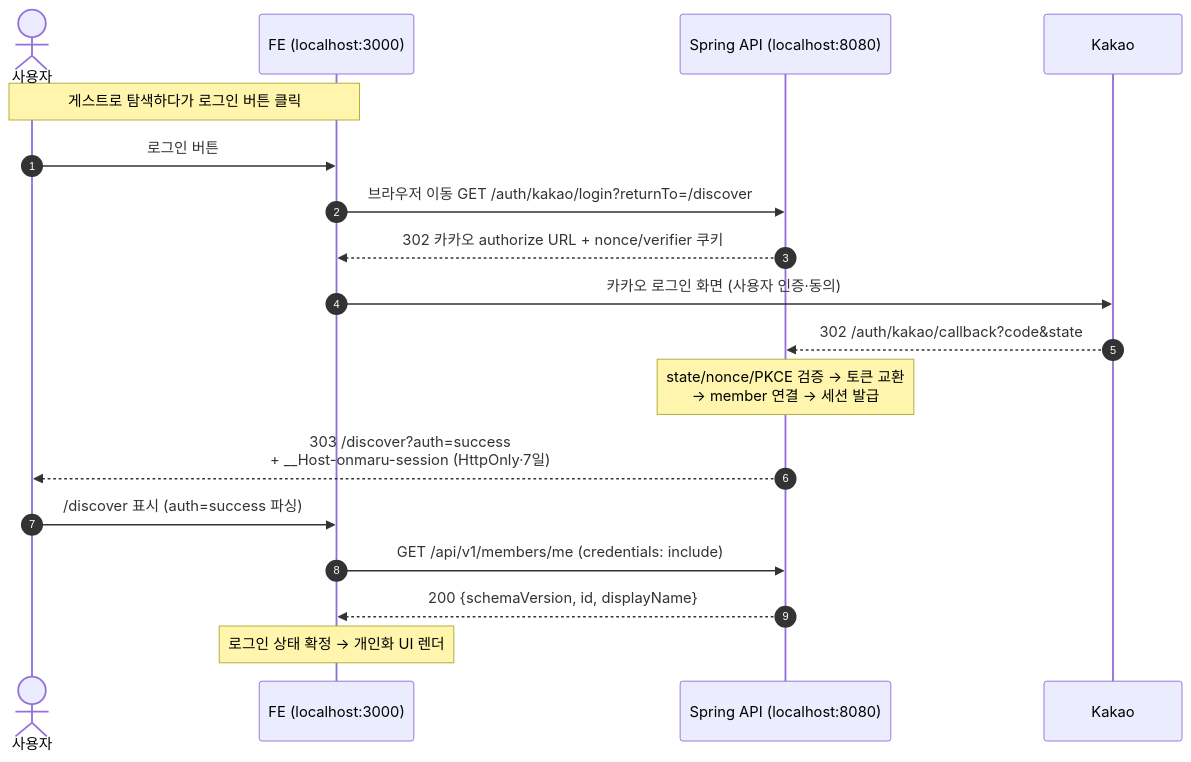
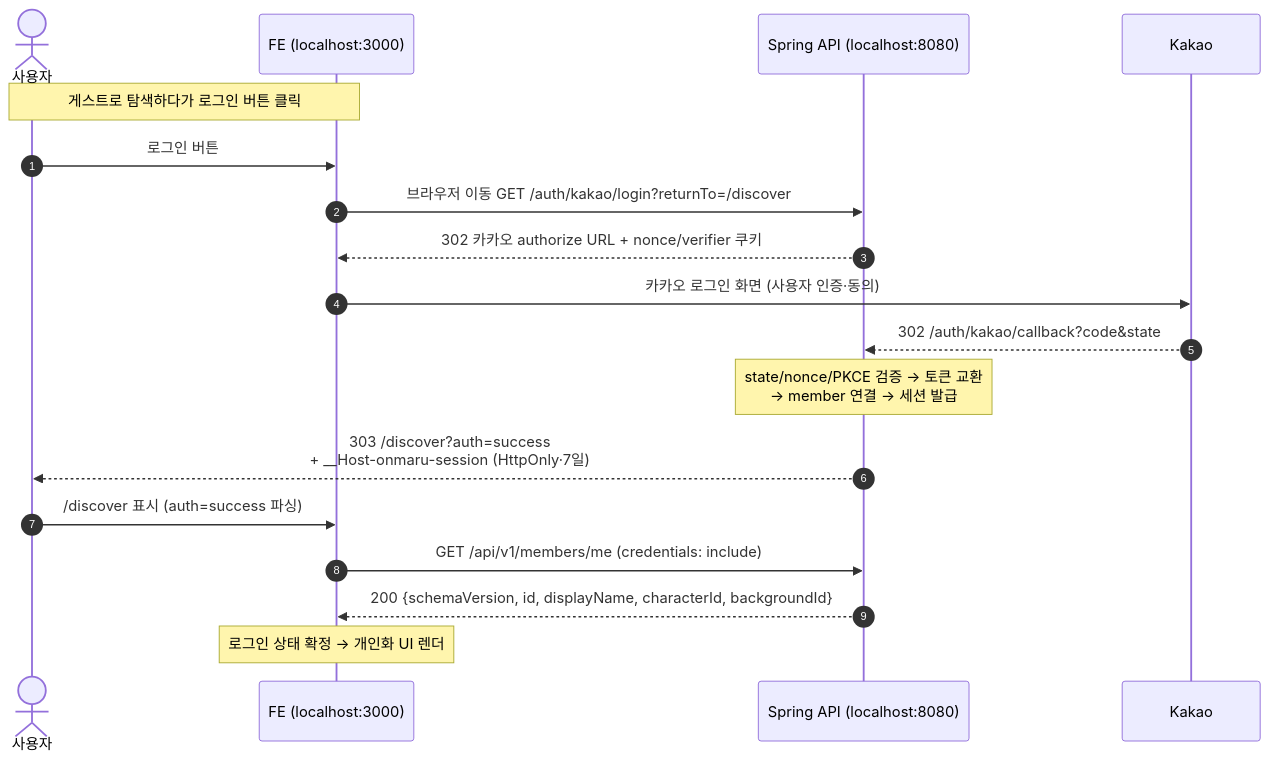
Before and after one commit to YRootLab/OnMaru-backend: the first of 2 diagrams in docs/toFE/kakao-login-flow.md, drawn with Mermaid. The commit also changed other lines of this file and 8 other files, not shown here.

````diff
--- a/docs/toFE/kakao-login-flow.md
+++ b/docs/toFE/kakao-login-flow.md
@@ -88,22 +88,22 @@
 ```mermaid
 sequenceDiagram
     autonumber
     actor U as 사용자
     participant FE as FE (localhost:3000)
     participant BE as Spring API (localhost:8080)
     participant K as Kakao
 
     Note over U,FE: 게스트로 탐색하다가 로그인 버튼 클릭
     U->>FE: 로그인 버튼
     FE->>BE: 브라우저 이동 GET /auth/kakao/login?returnTo=/discover
     BE-->>FE: 302 카카오 authorize URL + nonce/verifier 쿠키
     FE->>K: 카카오 로그인 화면 (사용자 인증·동의)
     K-->>BE: 302 /auth/kakao/callback?code&state
     Note over BE: state/nonce/PKCE 검증 → 토큰 교환<br/>→ member 연결 → 세션 발급
     BE-->>U: 303 /discover?auth=success<br/>+ __Host-onmaru-session (HttpOnly·7일)
 
     U->>FE: /discover 표시 (auth=success 파싱)
     FE->>BE: GET /api/v1/members/me (credentials: include)
-    BE-->>FE: 200 {schemaVersion, id, displayName}
+    BE-->>FE: 200 {schemaVersion, id, displayName, characterId, backgroundId}
     Note over FE: 로그인 상태 확정 → 개인화 UI 렌더
 ```
````
